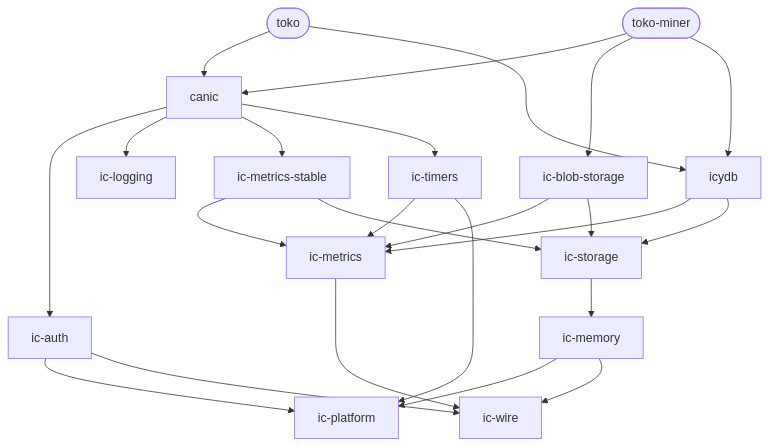
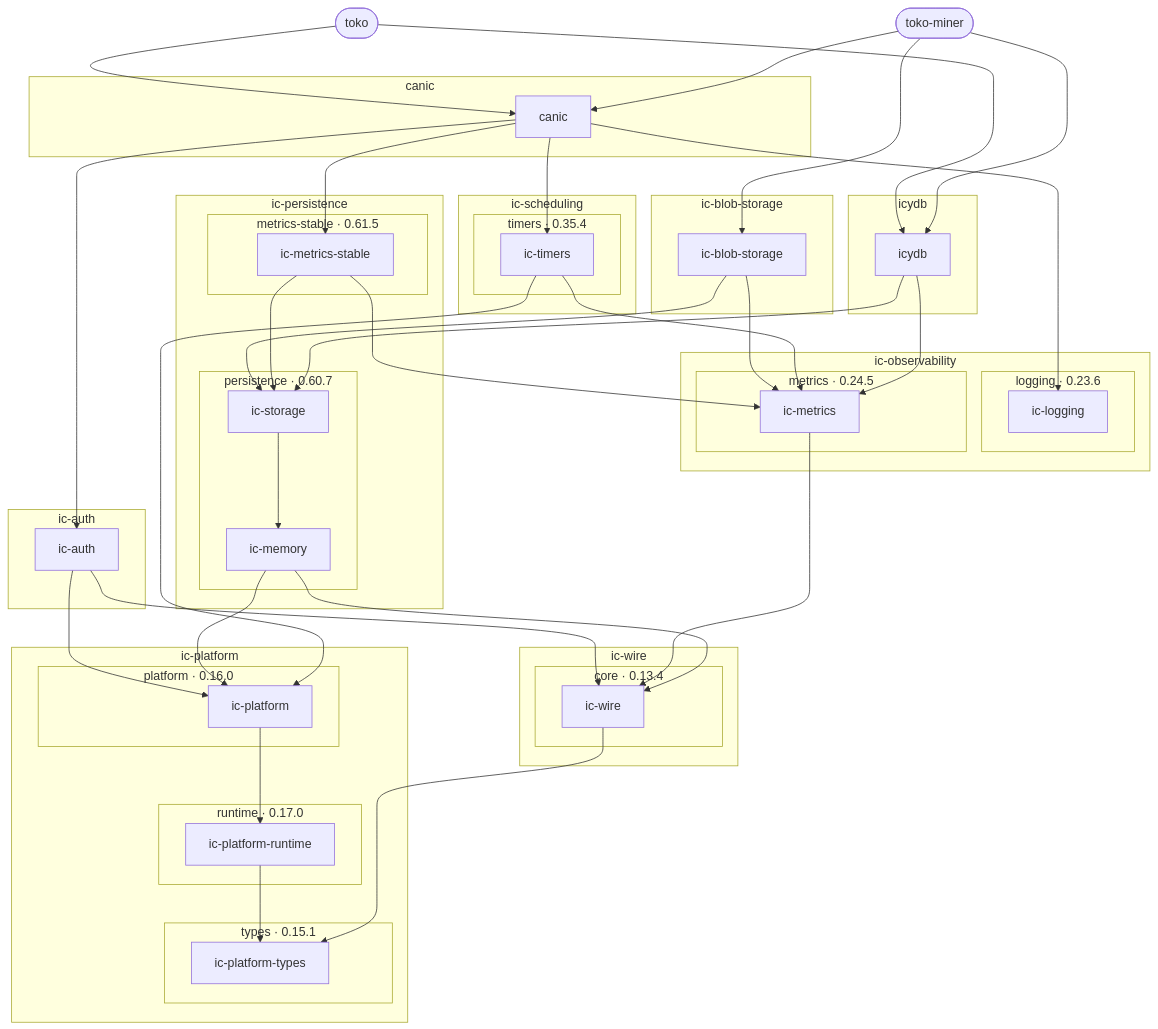
Before and after one commit to dragginzgame/shared-tooling: the diagram in README.md, drawn with Mermaid. The commit also changed other lines of this file and 22 other files, not shown here.

````diff
--- a/README.md
+++ b/README.md
@@ -29,40 +34,81 @@
 ```mermaid
 flowchart TD
     p_app_3atoko(["toko"])
     p_app_3atoko_2dminer(["toko-miner"])
-    p_canic_7ccargo_3acanic["canic"]
-    p_ic_2dauth_7ccargo_3aic_2dauth["ic-auth"]
-    p_ic_2dblob_2dstorage_7ccargo_3aic_2dblob_2dstorage["ic-blob-storage"]
-    p_ic_2dobservability_7ccargo_3aic_2dlogging["ic-logging"]
-    p_ic_2dobservability_7ccargo_3aic_2dmetrics["ic-metrics"]
-    p_ic_2dpersistence_7ccargo_3aic_2dmemory["ic-memory"]
-    p_ic_2dpersistence_7ccargo_3aic_2dmetrics_2dstable["ic-metrics-stable"]
-    p_ic_2dpersistence_7ccargo_3aic_2dstorage["ic-storage"]
-    p_ic_2dplatform_7ccargo_3aic_2dplatform["ic-platform"]
-    p_ic_2dscheduling_7ccargo_3aic_2dtimers["ic-timers"]
-    p_ic_2dwire_7ccargo_3aic_2dwire["ic-wire"]
-    p_icydb_7ccargo_3aicydb["icydb"]
+    subgraph p_repo_3acanic["canic"]
+        p_canic_7ccargo_3acanic["canic"]
+    end
+    subgraph p_repo_3aic_2dauth["ic-auth"]
+        p_ic_2dauth_7ccargo_3aic_2dauth["ic-auth"]
+    end
+    subgraph p_repo_3aic_2dblob_2dstorage["ic-blob-storage"]
+        p_ic_2dblob_2dstorage_7ccargo_3aic_2dblob_2dstorage["ic-blob-storage"]
+    end
+    subgraph p_repo_3aic_2dobservability["ic-observability"]
+        subgraph p_group_3aic_2dobservability_7clogging["logging · 0.23.6"]
+            p_ic_2dobservability_7ccargo_3aic_2dlogging["ic-logging"]
+        end
+        subgraph p_group_3aic_2dobservability_7cmetrics["metrics · 0.24.5"]
+            p_ic_2dobservability_7ccargo_3aic_2dmetrics["ic-metrics"]
+        end
+    end
+    subgraph p_repo_3aic_2dpersistence["ic-persistence"]
+        subgraph p_group_3aic_2dpersistence_7cmetrics_2dstable["metrics-stable · 0.61.5"]
+            p_ic_2dpersistence_7ccargo_3aic_2dmetrics_2dstable["ic-metrics-stable"]
+        end
+        subgraph p_group_3aic_2dpersistence_7cpersistence["persistence · 0.60.7"]
+            p_ic_2dpersistence_7ccargo_3aic_2dmemory["ic-memory"]
+            p_ic_2dpersistence_7ccargo_3aic_2dstorage["ic-storage"]
+        end
+    end
+    subgraph p_repo_3aic_2dplatform["ic-platform"]
+        subgraph p_group_3aic_2dplatform_7cplatform["platform · 0.16.0"]
+            p_ic_2dplatform_7ccargo_3aic_2dplatform["ic-platform"]
+        end
+        subgraph p_group_3aic_2dplatform_7cruntime["runtime · 0.17.0"]
+            p_ic_2dplatform_7ccargo_3aic_2dplatform_2druntime["ic-platform-runtime"]
+        end
+        subgraph p_group_3aic_2dplatform_7ctypes["types · 0.15.1"]
+            p_ic_2dplatform_7ccargo_3aic_2dplatform_2dtypes["ic-platform-types"]
+        end
+    end
+    subgraph p_repo_3aic_2dscheduling["ic-scheduling"]
+        subgraph p_group_3aic_2dscheduling_7ctimers["timers · 0.35.4"]
+            p_ic_2dscheduling_7ccargo_3aic_2dtimers["ic-timers"]
+        end
+    end
+    subgraph p_repo_3aic_2dwire["ic-wire"]
+        subgraph p_group_3aic_2dwire_7ccore["core · 0.13.4"]
+            p_ic_2dwire_7ccargo_3aic_2dwire["ic-wire"]
+        end
+    end
+    subgraph p_repo_3aicydb["icydb"]
+        p_icydb_7ccargo_3aicydb["icydb"]
+    end
     p_app_3atoko --> p_canic_7ccargo_3acanic
     p_app_3atoko --> p_icydb_7ccargo_3aicydb
     p_app_3atoko_2dminer --> p_canic_7ccargo_3acanic
     p_app_3atoko_2dminer --> p_ic_2dblob_2dstorage_7ccargo_3aic_2dblob_2dstorage
     p_app_3atoko_2dminer --> p_icydb_7ccargo_3aicydb
     p_canic_7ccargo_3acanic --> p_ic_2dauth_7ccargo_3aic_2dauth
     p_canic_7ccargo_3acanic --> p_ic_2dobservability_7ccargo_3aic_2dlogging
     p_canic_7ccargo_3acanic --> p_ic_2dpersistence_7ccargo_3aic_2dmetrics_2dstable
     p_canic_7ccargo_3acanic --> p_ic_2dscheduling_7ccargo_3aic_2dtimers
     p_ic_2dauth_7ccargo_3aic_2dauth --> p_ic_2dplatform_7ccargo_3aic_2dplatform
     p_ic_2dauth_7ccargo_3aic_2dauth --> p_ic_2dwire_7ccargo_3aic_2dwire
     p_ic_2dblob_2dstorage_7ccargo_3aic_2dblob_2dstorage --> p_ic_2dobservability_7ccargo_3aic_2dmetrics
     p_ic_2dblob_2dstorage_7ccargo_3aic_2dblob_2dstorage --> p_ic_2dpersistence_7ccargo_3aic_2dstorage
     p_ic_2dobservability_7ccargo_3aic_2dmetrics --> p_ic_2dwire_7ccargo_3aic_2dwire
     p_ic_2dpersistence_7ccargo_3aic_2dmemory --> p_ic_2dplatform_7ccargo_3aic_2dplatform
     p_ic_2dpersistence_7ccargo_3aic_2dmemory --> p_ic_2dwire_7ccargo_3aic_2dwire
     p_ic_2dpersistence_7ccargo_3aic_2dmetrics_2dstable --> p_ic_2dobservability_7ccargo_3aic_2dmetrics
     p_ic_2dpersistence_7ccargo_3aic_2dmetrics_2dstable --> p_ic_2dpersistence_7ccargo_3aic_2dstorage
     p_ic_2dpersistence_7ccargo_3aic_2dstorage --> p_ic_2dpersistence_7ccargo_3aic_2dmemory
+    p_ic_2dplatform_7ccargo_3aic_2dplatform --> p_ic_2dplatform_7ccargo_3aic_2dplatform_2druntime
+    p_ic_2dplatform_7ccargo_3aic_2dplatform_2druntime --> p_ic_2dplatform_7ccargo_3aic_2dplatform_2dtypes
     p_ic_2dscheduling_7ccargo_3aic_2dtimers --> p_ic_2dobservability_7ccargo_3aic_2dmetrics
     p_ic_2dscheduling_7ccargo_3aic_2dtimers --> p_ic_2dplatform_7ccargo_3aic_2dplatform
+    p_ic_2dwire_7ccargo_3aic_2dwire --> p_ic_2dplatform_7ccargo_3aic_2dplatform_2dtypes
     p_icydb_7ccargo_3aicydb --> p_ic_2dobservability_7ccargo_3aic_2dmetrics
     p_icydb_7ccargo_3aicydb --> p_ic_2dpersistence_7ccargo_3aic_2dstorage
 ```
````
